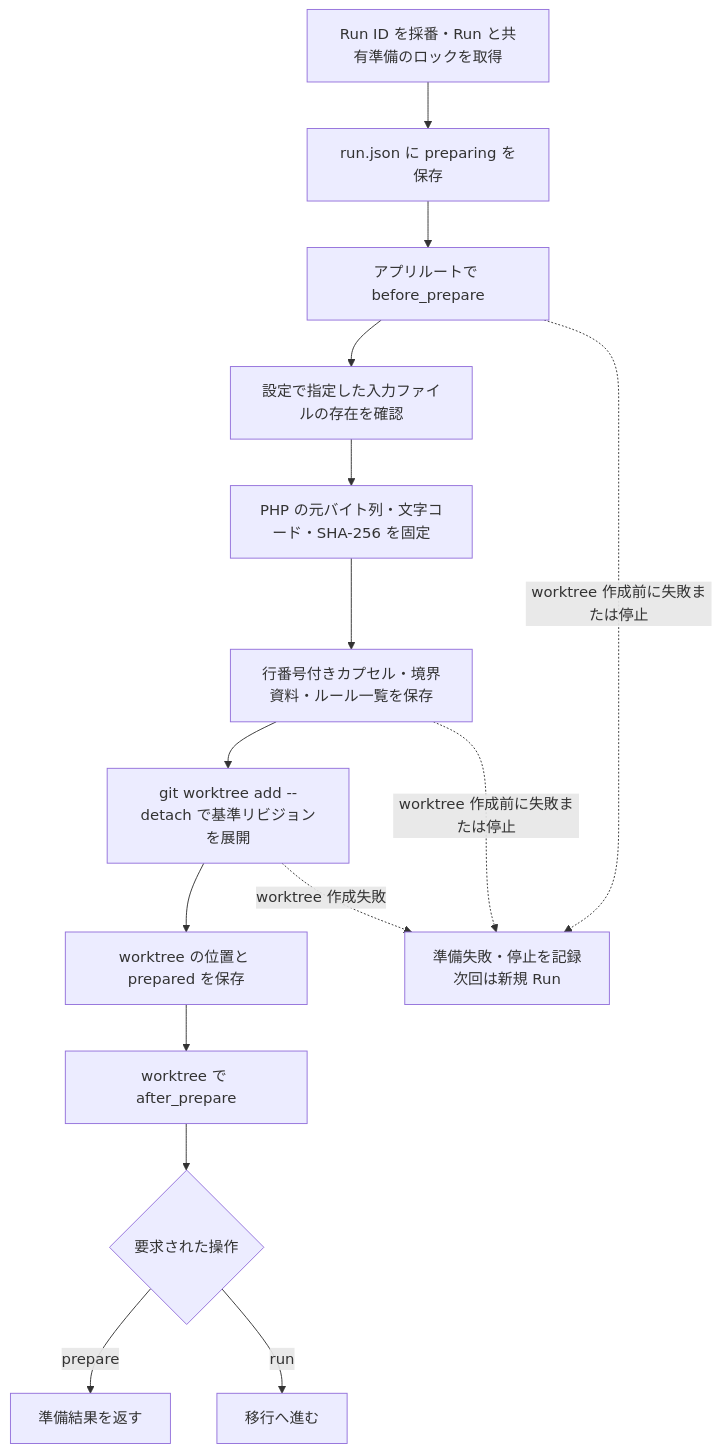
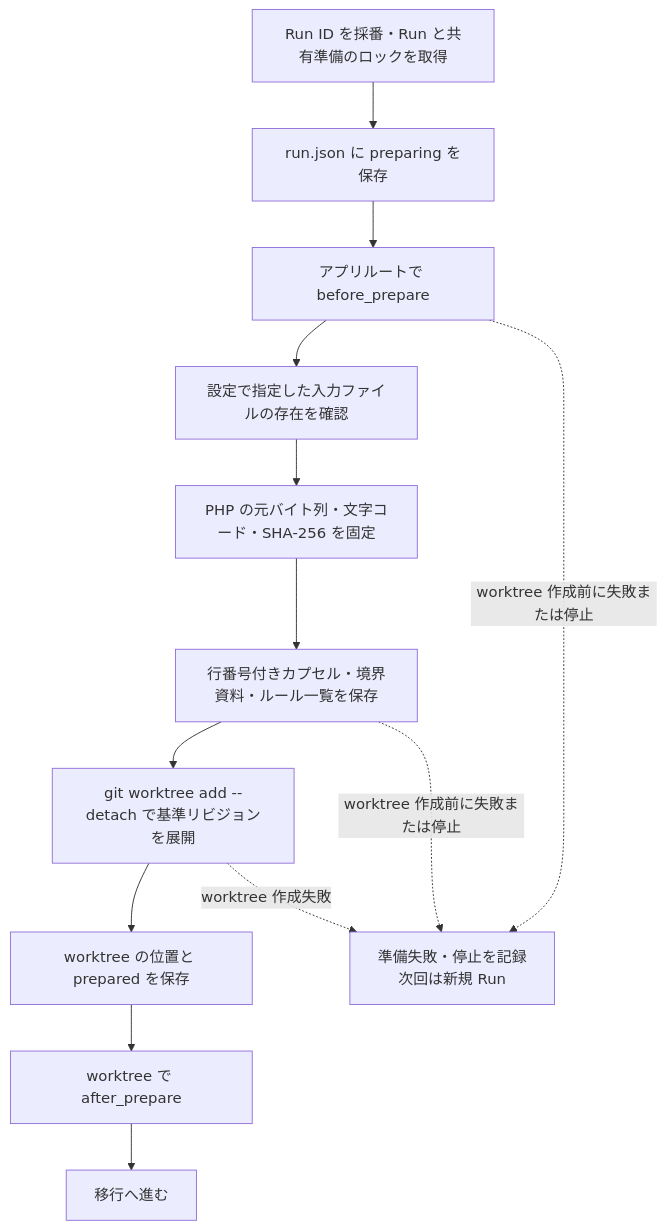
Before and after one commit to SSsan-00/moca: the fourth of 8 diagrams in docs/architecture.md, drawn with Mermaid. The commit also changed other lines of this file and 44 other files, not shown here.

````diff
--- a/docs/architecture.md
+++ b/docs/architecture.md
@@ -240,23 +233,19 @@
 ```mermaid
 flowchart TD
     Start["Run ID を採番・Run と共有準備のロックを取得"]
     Record["run.json に preparing を保存"]
     Before["アプリルートで before_prepare"]
     Validate["設定で指定した入力ファイルの存在を確認"]
     Pin["PHP の元バイト列・文字コード・SHA-256 を固定"]
     Split["行番号付きカプセル・境界資料・ルール一覧を保存"]
     Git["git worktree add --detach で基準リビジョンを展開"]
     Prepared["worktree の位置と prepared を保存"]
     After["worktree で after_prepare"]
-    Choice{"要求された操作"}
-    Wait["準備結果を返す"]
     Migrate["移行へ進む"]
     Failed["準備失敗・停止を記録<br/>次回は新規 Run"]
 
-    Start --> Record --> Before --> Validate --> Pin --> Split --> Git --> Prepared --> After --> Choice
-    Choice -->|prepare| Wait
-    Choice -->|run| Migrate
+    Start --> Record --> Before --> Validate --> Pin --> Split --> Git --> Prepared --> After --> Migrate
     Before -.->|worktree 作成前に失敗または停止| Failed
     Split -.->|worktree 作成前に失敗または停止| Failed
     Git -.->|worktree 作成失敗| Failed
 ```
````
